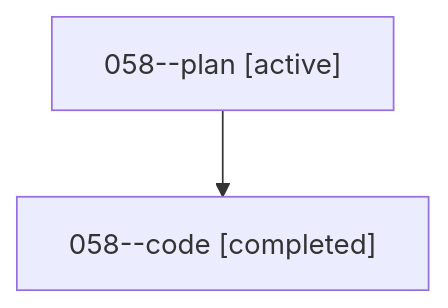
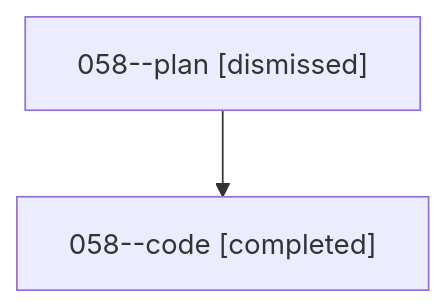
One commit to bobs-org/bob-cli--agents changed the diagram in sessions/bbugyi200.athena.058.md. Above: the diagram before and after it, drawn with Mermaid. The commit also changed other lines of this file and 25 other files, not shown here.

````diff
--- a/sessions/bbugyi200.athena.058.md
+++ b/sessions/bbugyi200.athena.058.md
@@ -9,6 +9,6 @@
 ```mermaid
 flowchart TD
-  n0["058--plan [active]"]
+  n0["058--plan [dismissed]"]
   n1["058--code [completed]"]
   n0 --> n1
 ```
````
